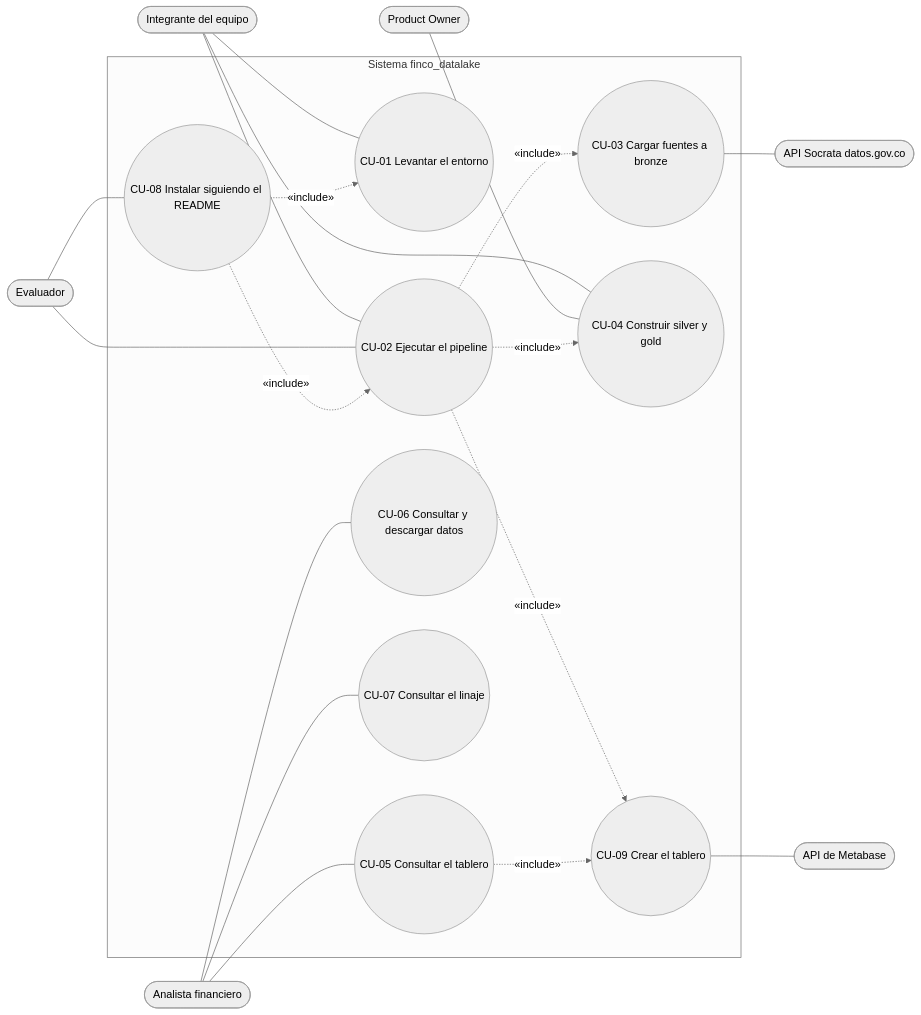
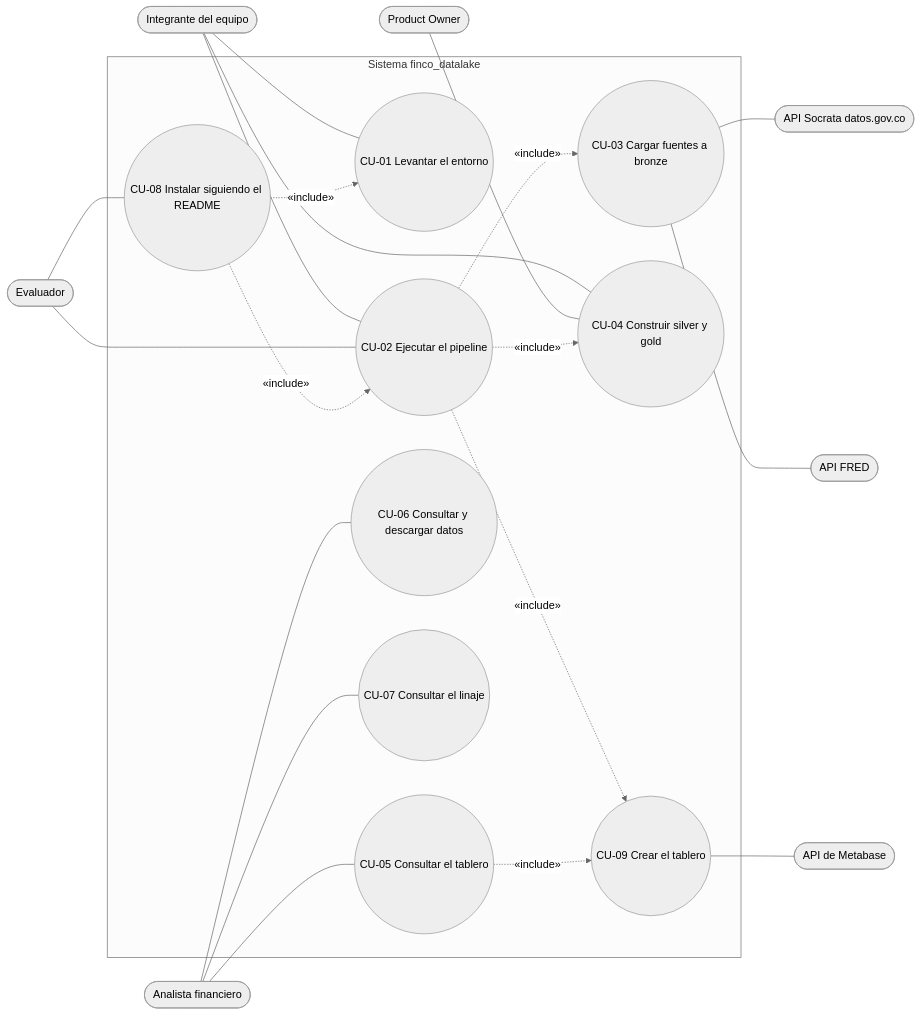
One commit to DavidRestrepo66/finco_datalake_david changed the diagram in docs/diseno/casos-uso.md. Above: the diagram before and after it, drawn with Mermaid (neutral theme). The commit also changed other lines of this file and 10 other files, not shown here.

````diff
--- a/docs/diseno/casos-uso.md
+++ b/docs/diseno/casos-uso.md
@@ -11,41 +11,43 @@
 ```mermaid
 flowchart LR
     AF([Analista financiero])
     IE([Integrante del equipo])
     EV([Evaluador])
     PO([Product Owner])
 
     subgraph SIS[Sistema finco_datalake]
         CU01((CU-01 Levantar el entorno))
         CU02((CU-02 Ejecutar el pipeline))
         CU03((CU-03 Cargar fuentes a bronze))
         CU04((CU-04 Construir silver y gold))
         CU05((CU-05 Consultar el tablero))
         CU06((CU-06 Consultar y descargar datos))
         CU07((CU-07 Consultar el linaje))
         CU08((CU-08 Instalar siguiendo el README))
         CU09((CU-09 Crear el tablero))
     end
 
     SOC([API Socrata datos.gov.co])
+    FRD([API FRED])
     MBA([API de Metabase])
 
     IE --- CU01
     IE --- CU02
     IE --- CU04
     EV --- CU08
     EV --- CU02
     AF --- CU05
     AF --- CU06
     AF --- CU07
     PO --- CU04
     CU03 --- SOC
+    CU03 --- FRD
     CU09 --- MBA
 
     CU02 -. "«include»" .-> CU03
     CU02 -. "«include»" .-> CU04
     CU02 -. "«include»" .-> CU09
     CU08 -. "«include»" .-> CU01
     CU08 -. "«include»" .-> CU02
     CU05 -. "«include»" .-> CU09
 ```
````
